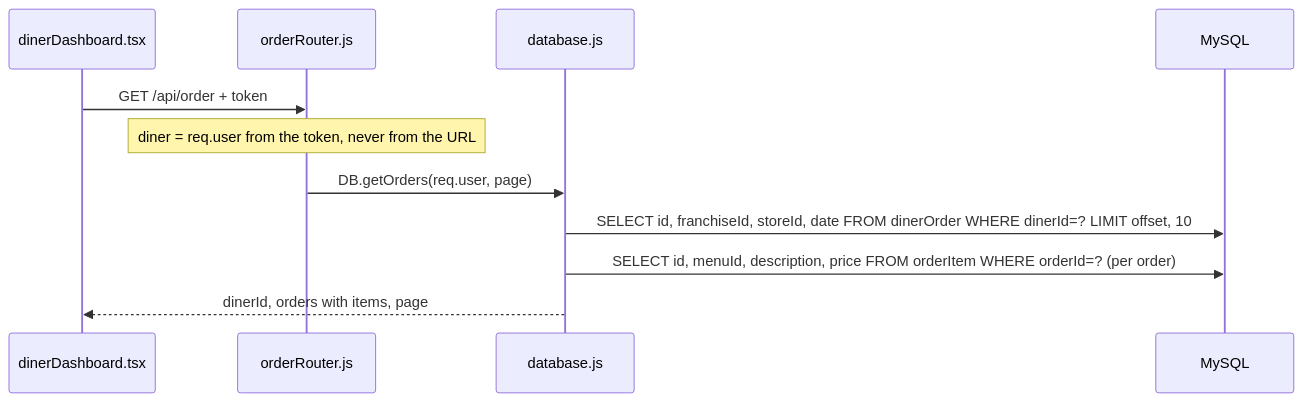
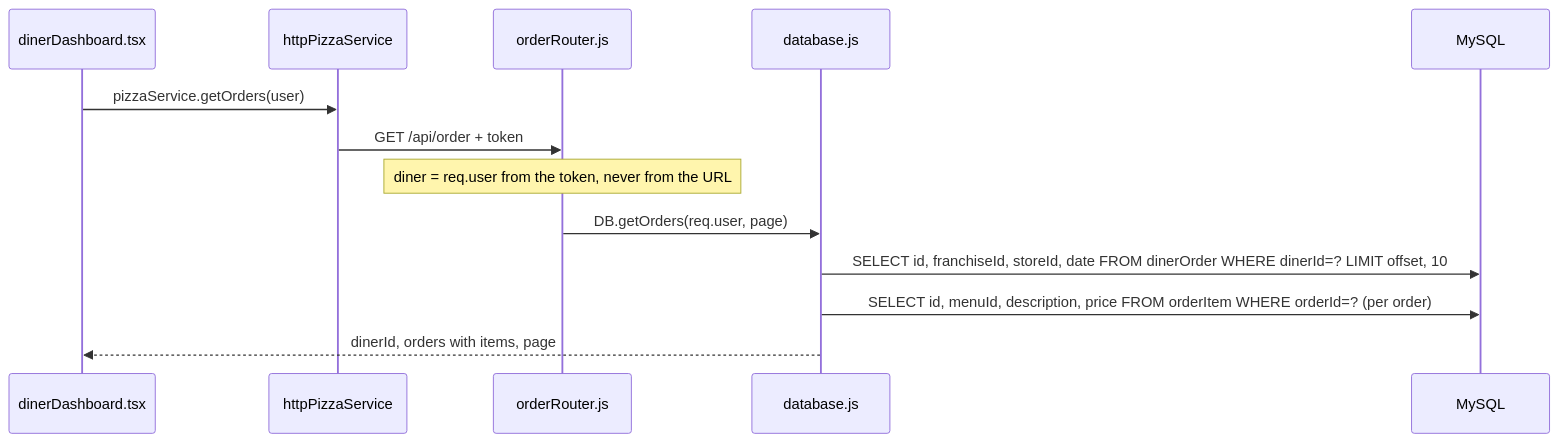
Diagram 11 of 18 in docs/flows.md (joshuajob-cs/jwt-pizza), drawn with Mermaid before and after one commit. The commit also changed other lines of this file, not shown here.

Commit message:
refactor(docs): draw every layer consistently in flows.md

````diff
--- a/docs/flows.md
+++ b/docs/flows.md
@@ -206,13 +288,15 @@
 ```mermaid
 sequenceDiagram
   participant V as dinerDashboard.tsx
+  participant S as httpPizzaService
   participant R as orderRouter.js
   participant D as database.js
   participant M as MySQL
-  V->>R: GET /api/order  + token
+  V->>S: pizzaService.getOrders(user)
+  S->>R: GET /api/order  + token
   Note over R: diner = req.user from the token, never from the URL
   R->>D: DB.getOrders(req.user, page)
   D->>M: SELECT id, franchiseId, storeId, date FROM dinerOrder WHERE dinerId=? LIMIT offset, 10
   D->>M: SELECT id, menuId, description, price FROM orderItem WHERE orderId=?  (per order)
   D-->>V: dinerId, orders with items, page
 ```
````
